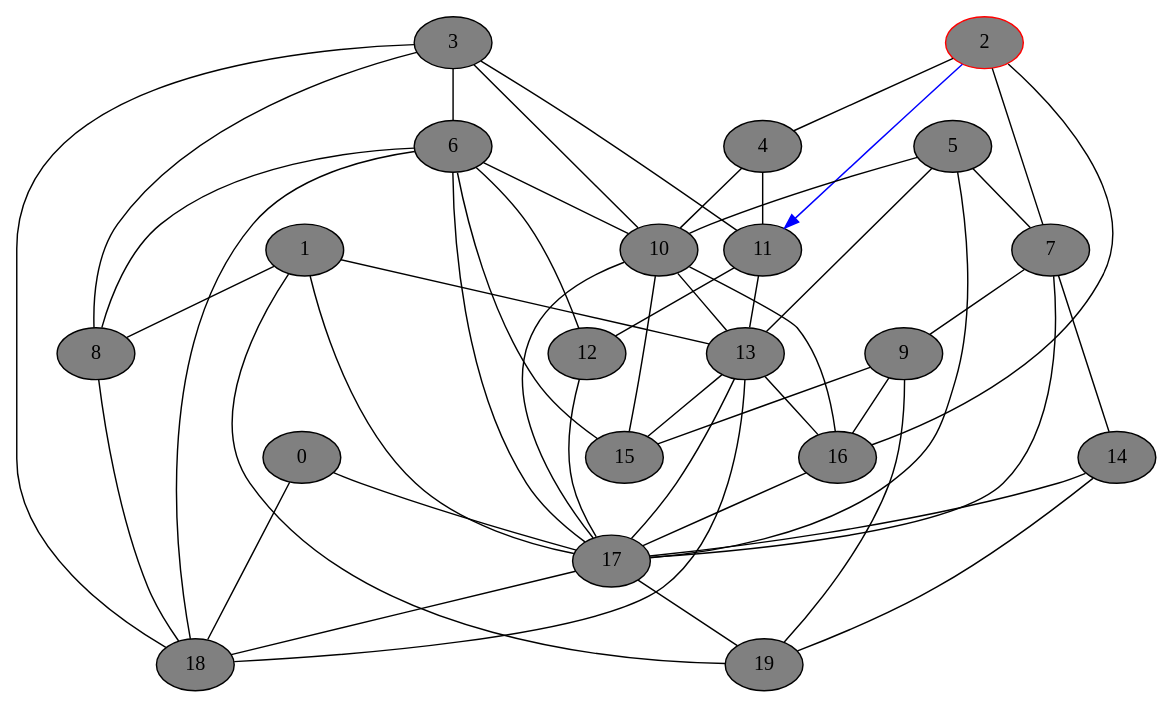
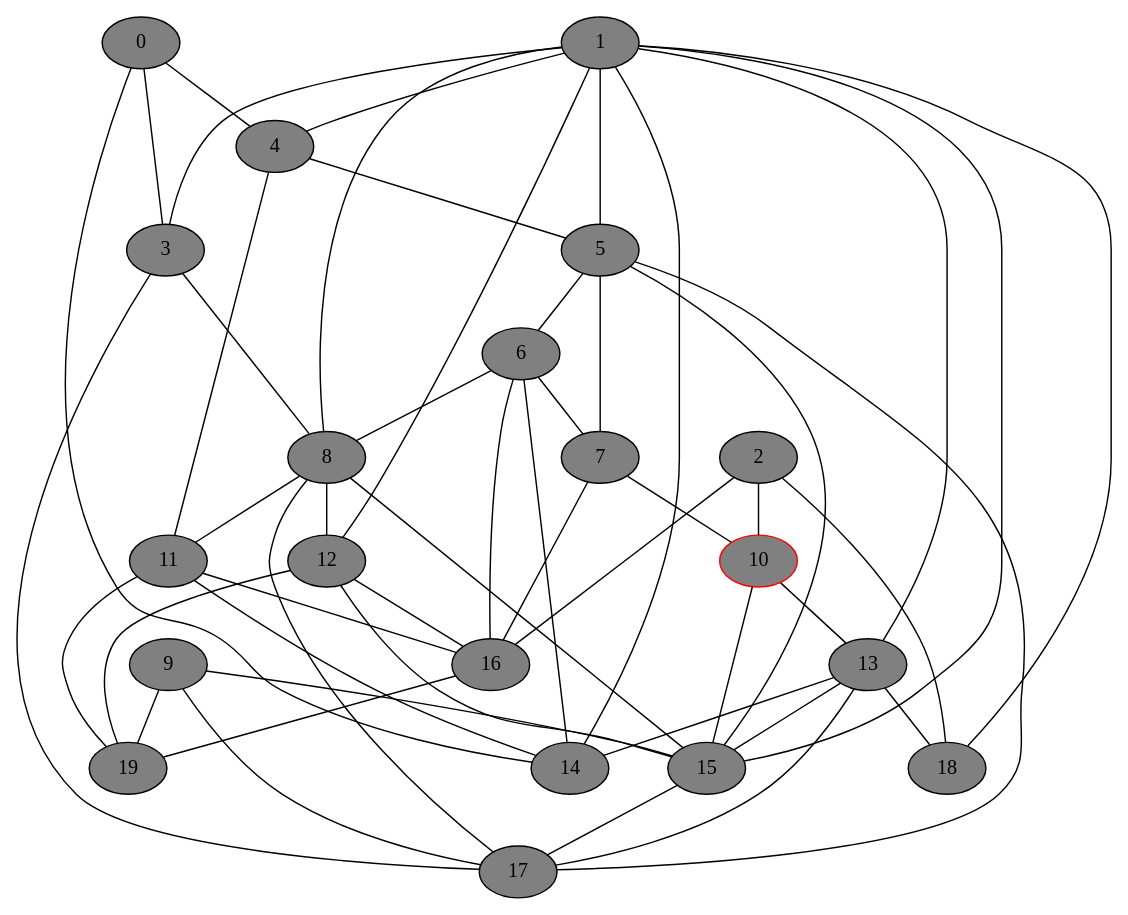
The diagram in gv_graphs/nxt0067.dot (DSMishler/EBA_models), drawn with Graphviz before and after one commit. The commit also changed 941 other files, not shown here.

```diff
--- a/gv_graphs/nxt0067.dot
+++ b/gv_graphs/nxt0067.dot
@@ -1,74 +1,74 @@
 // network test graph
 digraph
 {
 	0 [fillcolor=gray,style=filled,]
 	1 [fillcolor=gray,style=filled,]
-	2 [fillcolor=gray,style=filled,color=red,]
+	2 [fillcolor=gray,style=filled,]
 	3 [fillcolor=gray,style=filled,]
 	4 [fillcolor=gray,style=filled,]
 	5 [fillcolor=gray,style=filled,]
 	6 [fillcolor=gray,style=filled,]
 	7 [fillcolor=gray,style=filled,]
 	8 [fillcolor=gray,style=filled,]
 	9 [fillcolor=gray,style=filled,]
-	10 [fillcolor=gray,style=filled,]
+	10 [fillcolor=gray,style=filled,color=red,]
 	11 [fillcolor=gray,style=filled,]
 	12 [fillcolor=gray,style=filled,]
 	13 [fillcolor=gray,style=filled,]
 	14 [fillcolor=gray,style=filled,]
 	15 [fillcolor=gray,style=filled,]
 	16 [fillcolor=gray,style=filled,]
 	17 [fillcolor=gray,style=filled,]
 	18 [fillcolor=gray,style=filled,]
 	19 [fillcolor=gray,style=filled,]
-	0 -> 17 [dir=none]
-	0 -> 18 [dir=none]
+	0 -> 3 [dir=none]
+	0 -> 4 [dir=none]
+	0 -> 14 [dir=none]
+	1 -> 3 [dir=none]
+	1 -> 4 [dir=none]
+	1 -> 5 [dir=none]
 	1 -> 8 [dir=none]
+	1 -> 12 [dir=none]
 	1 -> 13 [dir=none]
-	1 -> 17 [dir=none]
-	1 -> 19 [dir=none]
-	2 -> 4 [dir=none]
-	2 -> 7 [dir=none]
-	2 -> 11 [dir=forward,color=blue,]
+	1 -> 14 [dir=none]
+	1 -> 15 [dir=none]
+	1 -> 18 [dir=none]
+	2 -> 10 [dir=none]
 	2 -> 16 [dir=none]
-	3 -> 6 [dir=none]
+	2 -> 18 [dir=none]
 	3 -> 8 [dir=none]
-	3 -> 10 [dir=none]
-	3 -> 11 [dir=none]
-	3 -> 18 [dir=none]
-	4 -> 10 [dir=none]
+	3 -> 17 [dir=none]
+	4 -> 5 [dir=none]
 	4 -> 11 [dir=none]
+	5 -> 6 [dir=none]
 	5 -> 7 [dir=none]
-	5 -> 10 [dir=none]
-	5 -> 13 [dir=none]
+	5 -> 15 [dir=none]
 	5 -> 17 [dir=none]
+	6 -> 7 [dir=none]
 	6 -> 8 [dir=none]
-	6 -> 10 [dir=none]
-	6 -> 12 [dir=none]
-	6 -> 15 [dir=none]
-	6 -> 17 [dir=none]
-	6 -> 18 [dir=none]
-	7 -> 9 [dir=none]
-	7 -> 14 [dir=none]
-	7 -> 17 [dir=none]
-	8 -> 18 [dir=none]
+	6 -> 14 [dir=none]
+	6 -> 16 [dir=none]
+	7 -> 10 [dir=none]
+	7 -> 16 [dir=none]
+	8 -> 11 [dir=none]
+	8 -> 12 [dir=none]
+	8 -> 15 [dir=none]
+	8 -> 17 [dir=none]
 	9 -> 15 [dir=none]
-	9 -> 16 [dir=none]
+	9 -> 17 [dir=none]
 	9 -> 19 [dir=none]
 	10 -> 13 [dir=none]
 	10 -> 15 [dir=none]
-	10 -> 16 [dir=none]
-	10 -> 17 [dir=none]
-	11 -> 12 [dir=none]
-	11 -> 13 [dir=none]
-	12 -> 17 [dir=none]
+	11 -> 14 [dir=none]
+	11 -> 16 [dir=none]
+	11 -> 19 [dir=none]
+	12 -> 15 [dir=none]
+	12 -> 16 [dir=none]
+	12 -> 19 [dir=none]
+	13 -> 14 [dir=none]
 	13 -> 15 [dir=none]
-	13 -> 16 [dir=none]
 	13 -> 17 [dir=none]
 	13 -> 18 [dir=none]
-	14 -> 17 [dir=none]
-	14 -> 19 [dir=none]
-	16 -> 17 [dir=none]
-	17 -> 18 [dir=none]
-	17 -> 19 [dir=none]
+	15 -> 17 [dir=none]
+	16 -> 19 [dir=none]
 }
```
